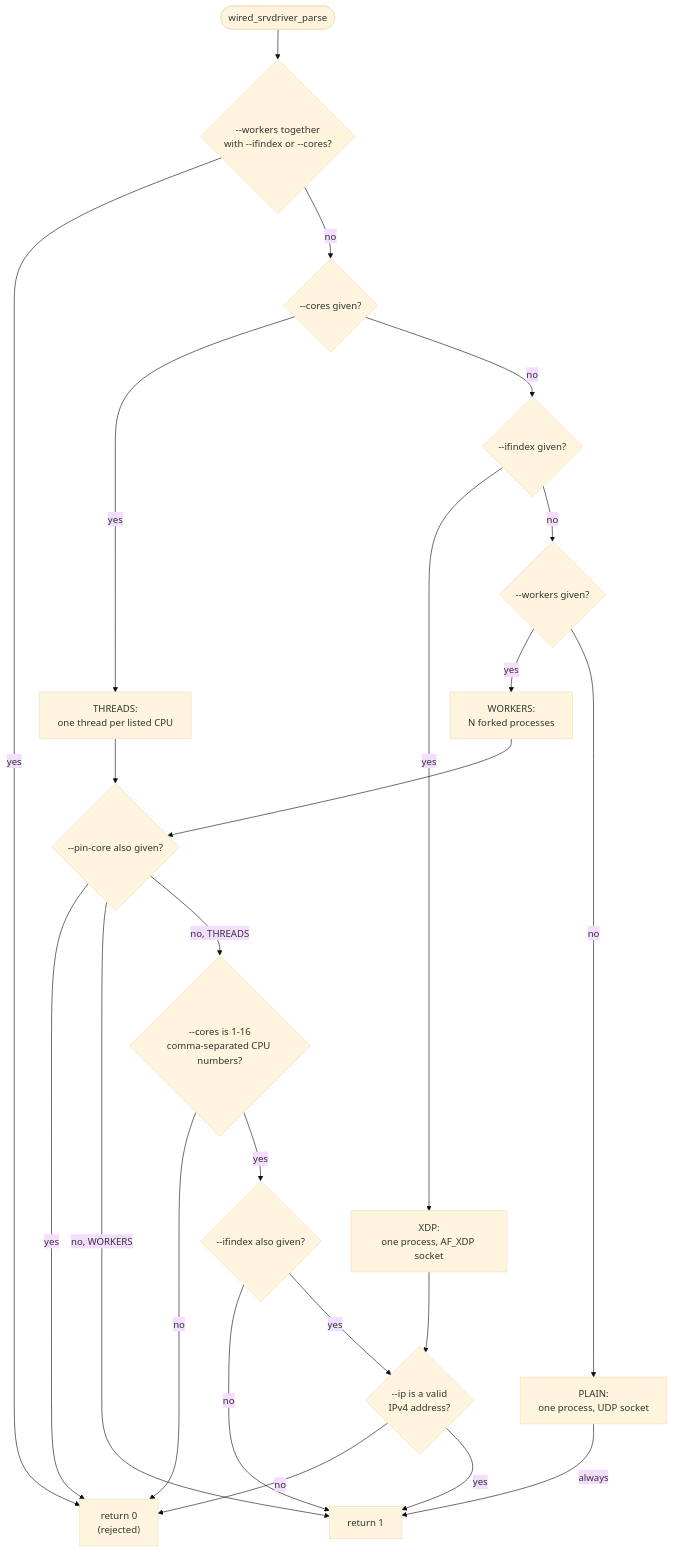
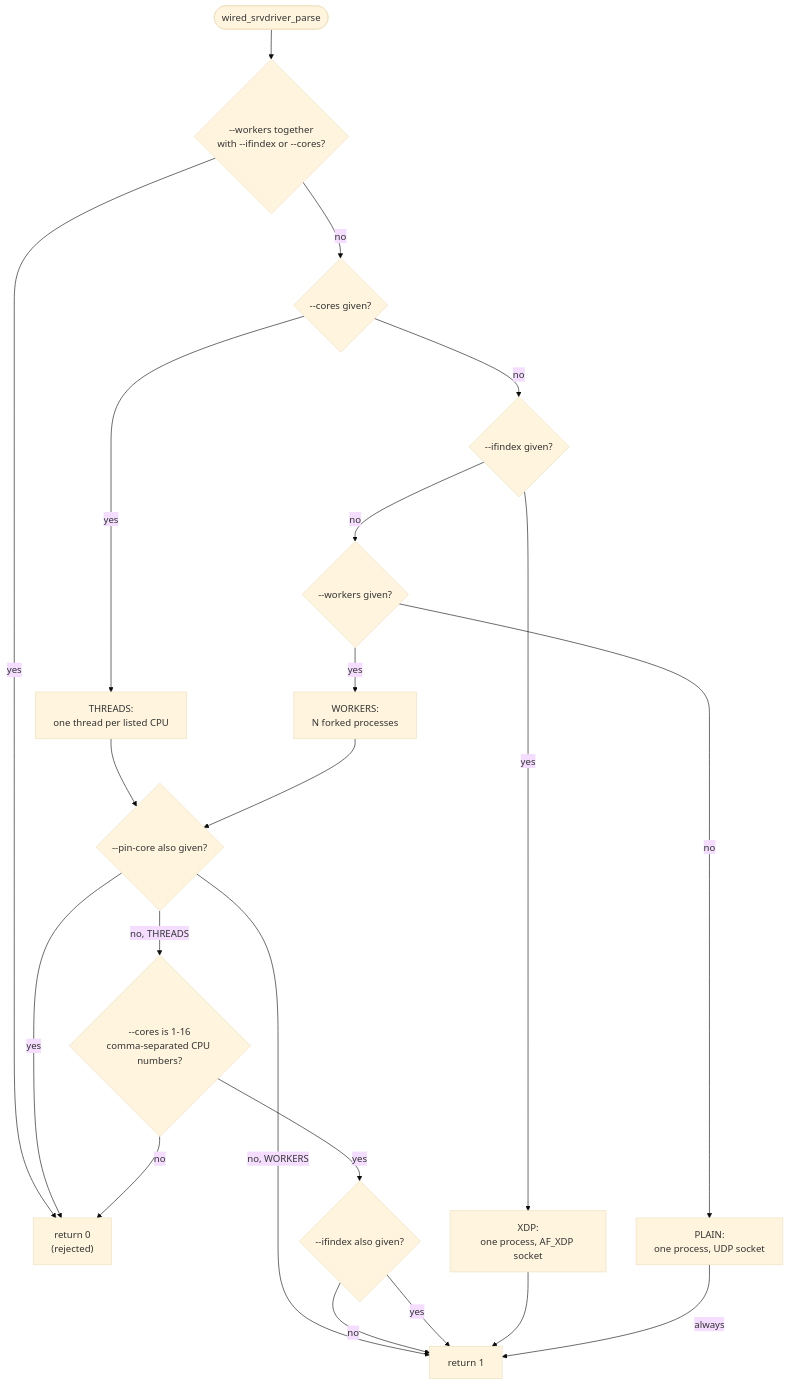
Before and after one commit to Hakkadaikon/wired: the second of 4 diagrams in docs/architecture/io-drivers.md, drawn with Mermaid (base theme). The commit also changed other lines of this file and 40 other files, not shown here.

````diff
--- a/docs/architecture/io-drivers.md
+++ b/docs/architecture/io-drivers.md
@@ -64,25 +64,23 @@
 ```mermaid
 flowchart TD
     start(["wired_srvdriver_parse"]) --> conflict{"--workers together<br/>with --ifindex or --cores?"}
     conflict -- "yes" --> reject["return 0<br/>(rejected)"]
     conflict -- "no" --> cores{"--cores given?"}
     cores -- "yes" --> threads["THREADS:<br/>one thread per listed CPU"]
     cores -- "no" --> xdp{"--ifindex given?"}
     xdp -- "yes" --> xdpk["XDP:<br/>one process, AF_XDP socket"]
     xdp -- "no" --> workers{"--workers given?"}
     workers -- "yes" --> work["WORKERS:<br/>N forked processes"]
     workers -- "no" --> plain["PLAIN:<br/>one process, UDP socket"]
     threads --> pin{"--pin-core also given?"}
     work --> pin
     pin -- "yes" --> reject
     pin -- "no, WORKERS" --> ok["return 1"]
     pin -- "no, THREADS" --> list{"--cores is 1-16<br/>comma-separated CPU numbers?"}
     list -- "no" --> reject
     list -- "yes" --> txdp{"--ifindex also given?"}
     txdp -- "no" --> ok
-    txdp -- "yes" --> ip
-    xdpk --> ip{"--ip is a valid<br/>IPv4 address?"}
-    ip -- "no" --> reject
-    ip -- "yes" --> ok
+    txdp -- "yes" --> ok
+    xdpk --> ok
     plain -- "always" --> ok
 ```
````
